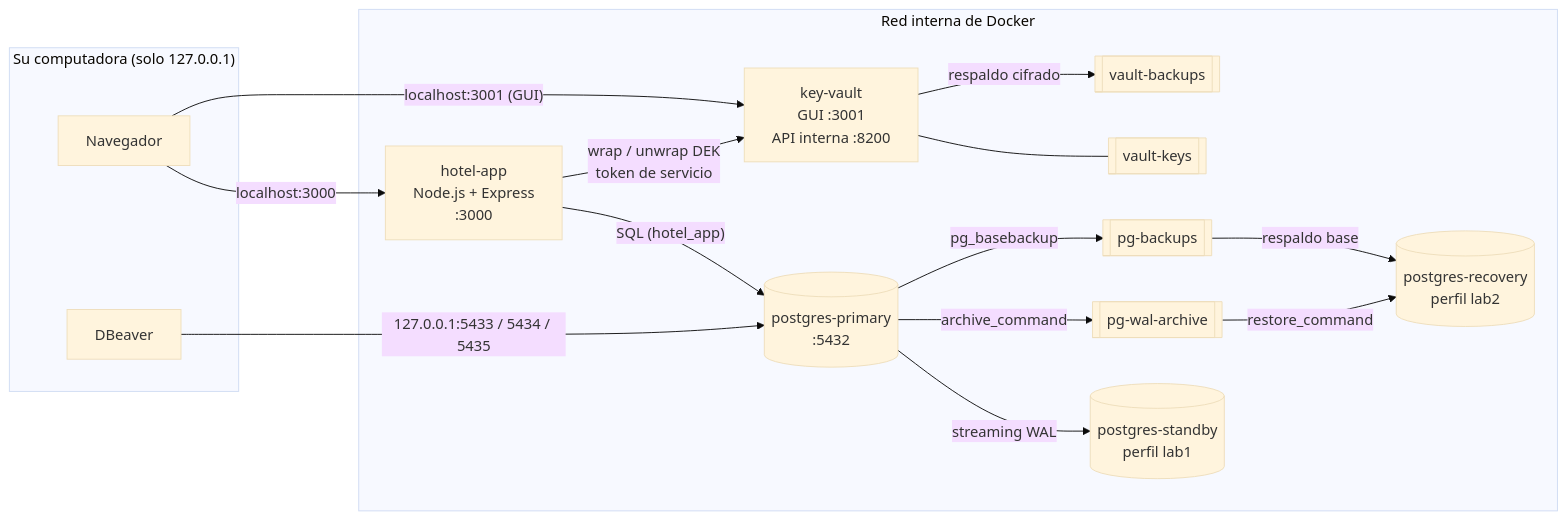
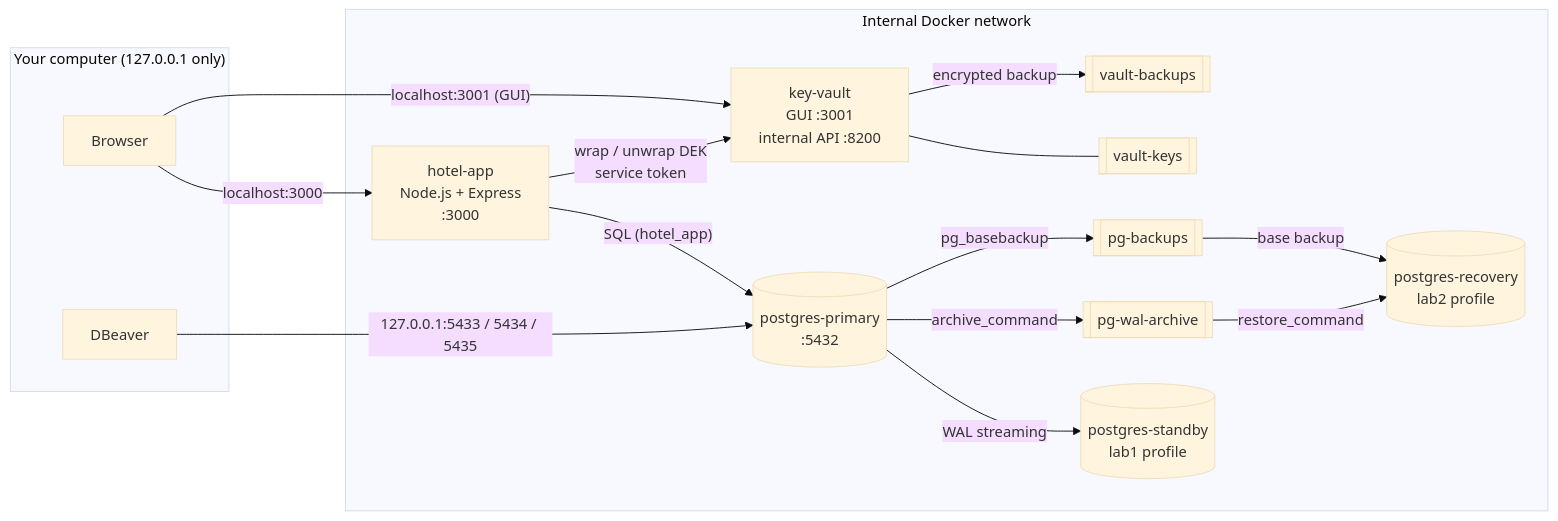
The first of 4 diagrams in README.md (lccjavo/cetys-unit4-disaster-recovery-lab), drawn with Mermaid (base theme) before and after one commit. The commit also changed other lines of this file and 95 other files, not shown here.

````diff
--- a/README.md
+++ b/README.md
@@ -67,30 +67,30 @@
 ```mermaid
 flowchart LR
-  subgraph Host["Su computadora (solo 127.0.0.1)"]
-    B[Navegador]
+  subgraph Host["Your computer (127.0.0.1 only)"]
+    B[Browser]
     D[DBeaver]
   end
-  subgraph Docker["Red interna de Docker"]
+  subgraph Docker["Internal Docker network"]
     H["hotel-app<br/>Node.js + Express<br/>:3000"]
-    K["key-vault<br/>GUI :3001<br/>API interna :8200"]
+    K["key-vault<br/>GUI :3001<br/>internal API :8200"]
     P[("postgres-primary<br/>:5432")]
-    S[("postgres-standby<br/>perfil lab1")]
-    R[("postgres-recovery<br/>perfil lab2")]
+    S[("postgres-standby<br/>lab1 profile")]
+    R[("postgres-recovery<br/>lab2 profile")]
     W[["pg-wal-archive"]]
     BK[["pg-backups"]]
     VK[["vault-keys"]]
     VB[["vault-backups"]]
   end
   B -- "localhost:3000" --> H
   B -- "localhost:3001 (GUI)" --> K
   D -- "127.0.0.1:5433 / 5434 / 5435" --> P
   H -- "SQL (hotel_app)" --> P
-  H -- "wrap / unwrap DEK<br/>token de servicio" --> K
-  P -- "streaming WAL" --> S
+  H -- "wrap / unwrap DEK<br/>service token" --> K
+  P -- "WAL streaming" --> S
   P -- "archive_command" --> W
   P -- "pg_basebackup" --> BK
-  BK -- "respaldo base" --> R
+  BK -- "base backup" --> R
   W -- "restore_command" --> R
   K --- VK
-  K -- "respaldo cifrado" --> VB
+  K -- "encrypted backup" --> VB
 ```
````
